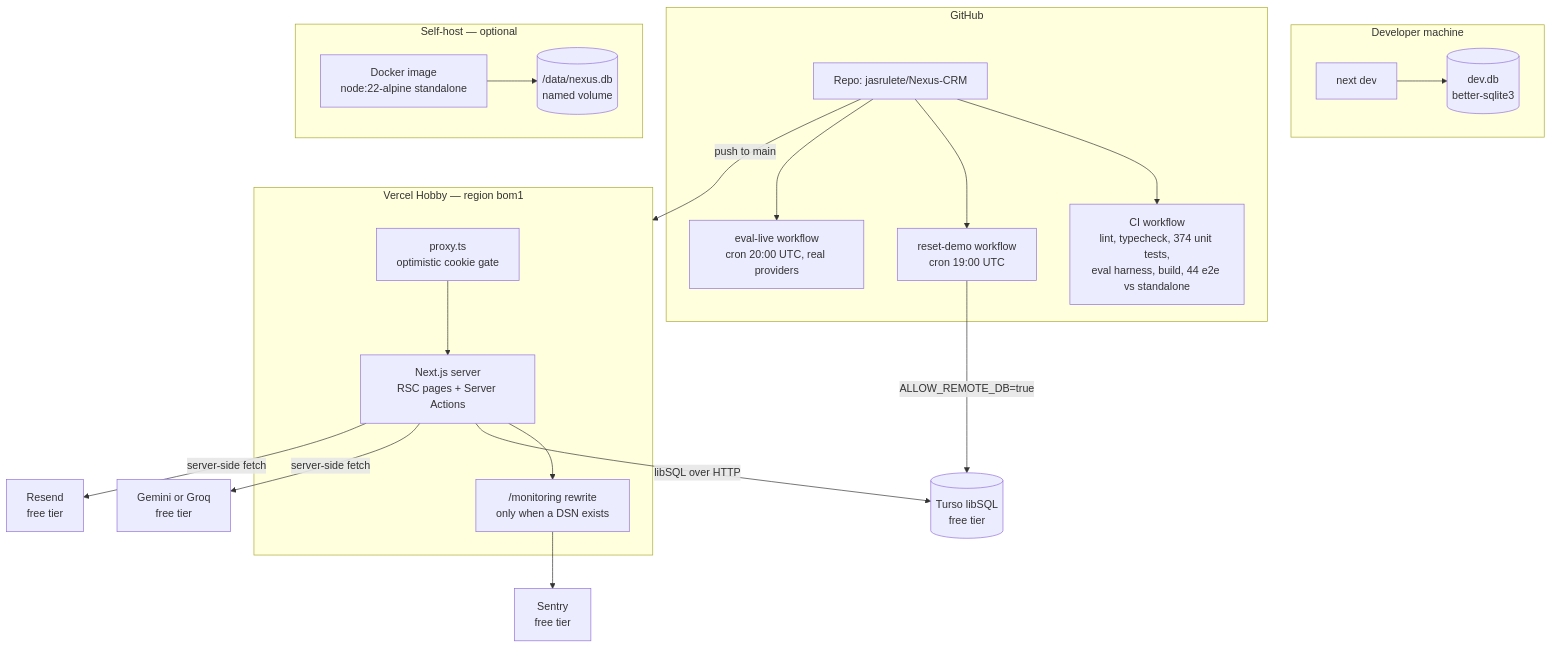
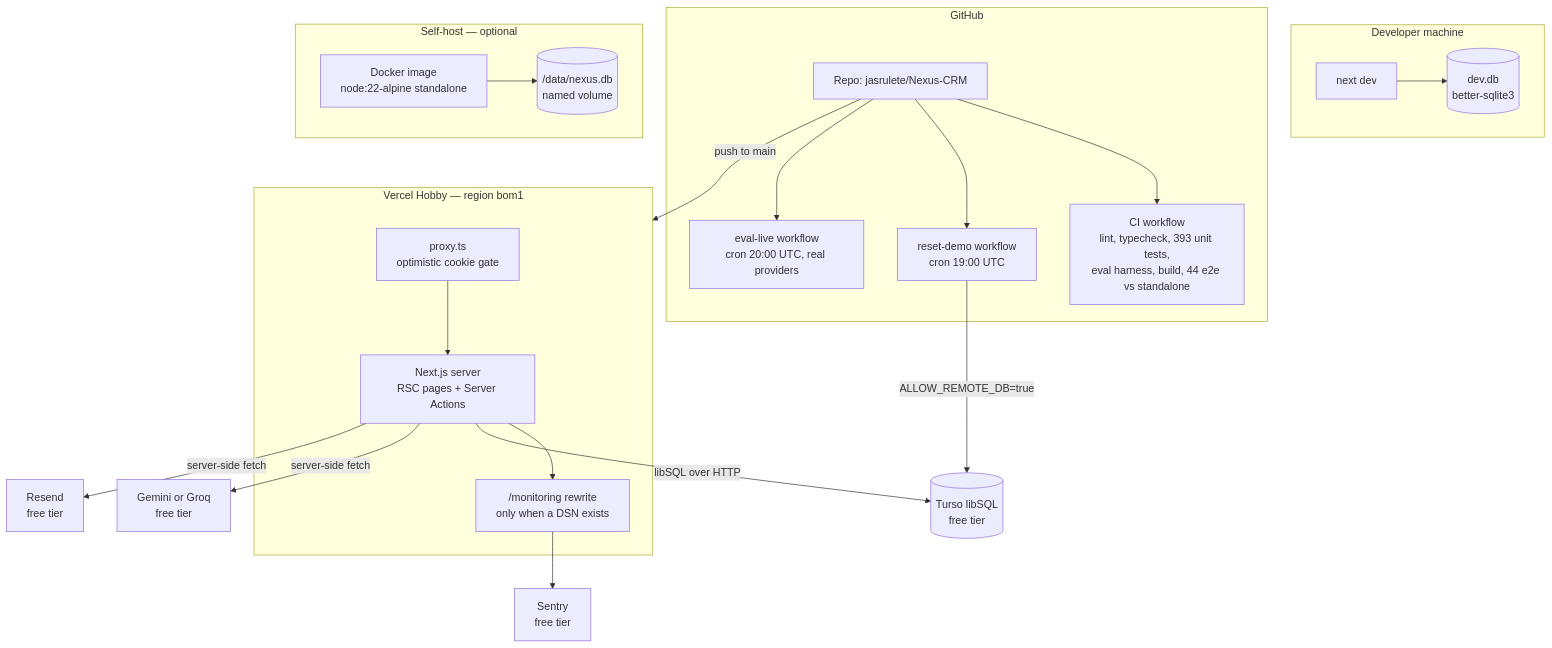
Before and after one commit to jasrulete/Nexus-CRM: the first of 2 diagrams in docs/TECHNICAL-DESIGN.md, drawn with Mermaid. The commit also changed other lines of this file and 5 other files, not shown here.

````diff
--- a/docs/TECHNICAL-DESIGN.md
+++ b/docs/TECHNICAL-DESIGN.md
@@ -82,44 +82,44 @@
 ```mermaid
 flowchart TB
     subgraph dev["Developer machine"]
         NEXTDEV["next dev"]
         FILE[("dev.db<br/>better-sqlite3")]
         NEXTDEV --> FILE
     end
 
     subgraph gh["GitHub"]
         REPO["Repo: jasrulete/Nexus-CRM"]
-        CI["CI workflow<br/>lint, typecheck, 374 unit tests,<br/>eval harness, build, 44 e2e vs standalone"]
+        CI["CI workflow<br/>lint, typecheck, 393 unit tests,<br/>eval harness, build, 44 e2e vs standalone"]
         RESET["reset-demo workflow<br/>cron 19:00 UTC"]
         EVAL["eval-live workflow<br/>cron 20:00 UTC, real providers"]
         REPO --> CI
         REPO --> RESET
         REPO --> EVAL
     end
 
     subgraph vercel["Vercel Hobby — region bom1"]
         PROXY["proxy.ts<br/>optimistic cookie gate"]
         APP["Next.js server<br/>RSC pages + Server Actions"]
         TUNNEL["/monitoring rewrite<br/>only when a DSN exists"]
         PROXY --> APP
         APP --> TUNNEL
     end
 
     subgraph selfhost["Self-host — optional"]
         DOCKER["Docker image<br/>node:22-alpine standalone"]
         VOL[("/data/nexus.db<br/>named volume")]
         DOCKER --> VOL
     end
 
     TURSO[("Turso libSQL<br/>free tier")]
     AI["Gemini or Groq<br/>free tier"]
     RESEND["Resend<br/>free tier"]
     SENTRY["Sentry<br/>free tier"]
 
     REPO -- "push to main" --> vercel
     APP -- "libSQL over HTTP" --> TURSO
     RESET -- "ALLOW_REMOTE_DB=true" --> TURSO
     APP -- "server-side fetch" --> AI
     APP -- "server-side fetch" --> RESEND
     TUNNEL --> SENTRY
 ```
````
